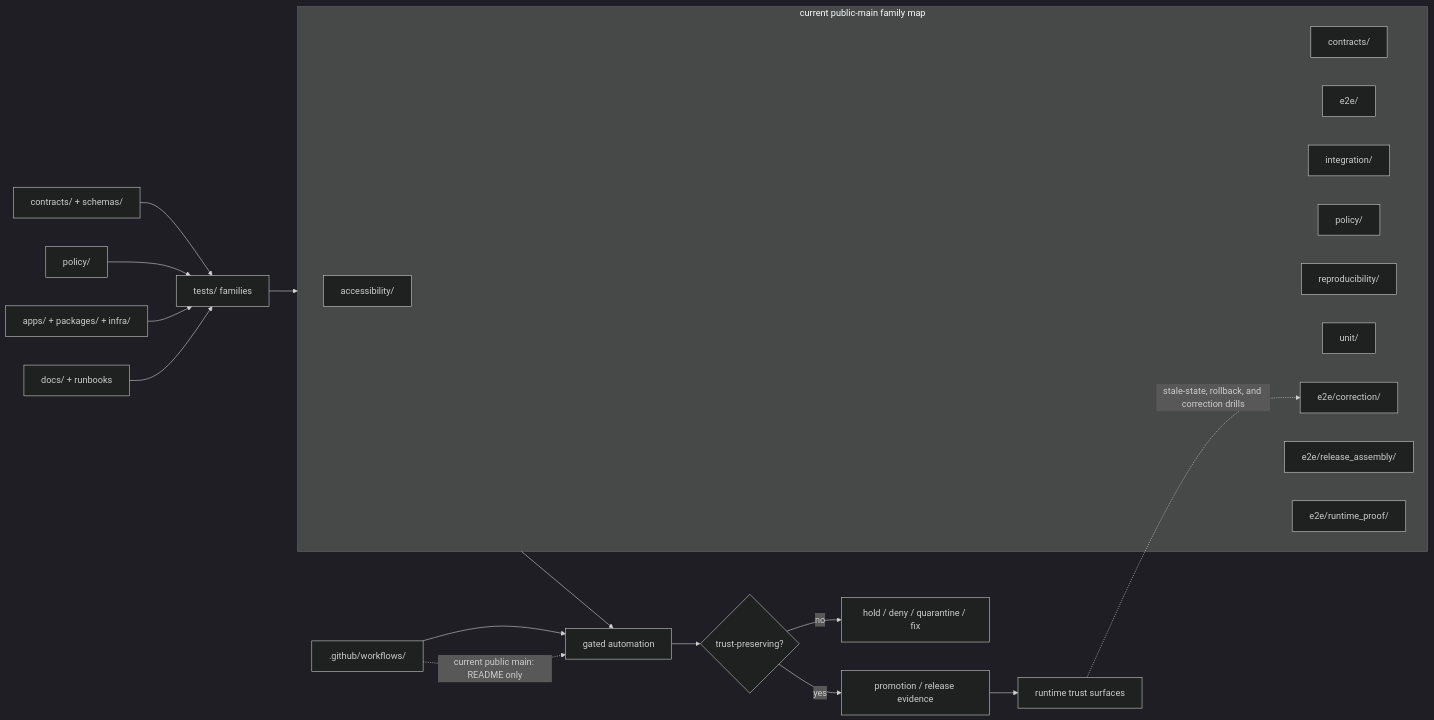
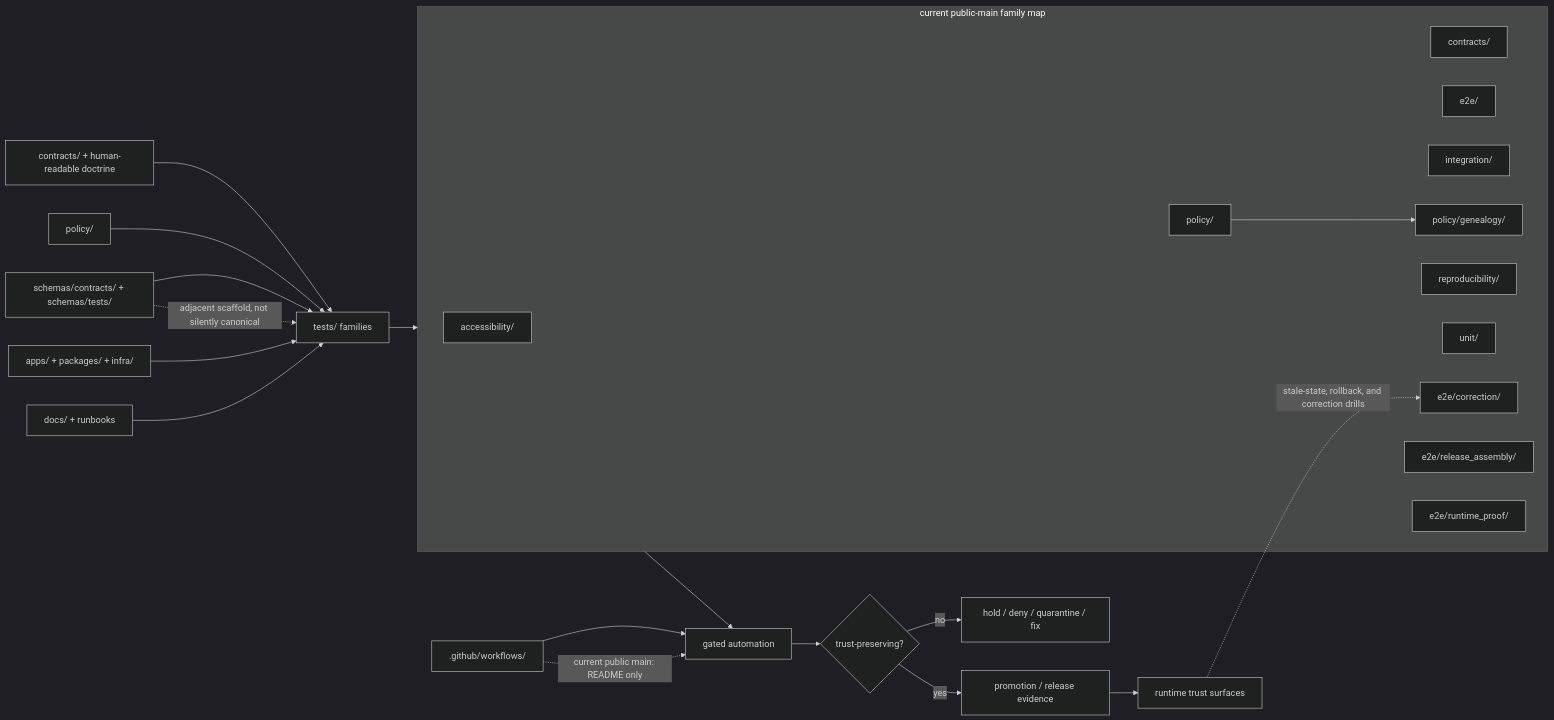
One commit to bartytime4life/Kansas-Frontier-Matrix changed the diagram in tests/README.md. Above: the diagram before and after it, drawn with Mermaid (dark theme). The commit also changed other lines of this file, not shown here.

````diff
--- a/tests/README.md
+++ b/tests/README.md
@@ -323,32 +401,36 @@
 ```mermaid
 flowchart LR
-    C["contracts/ + schemas/"] --> T["tests/ families"]
+    C["contracts/ + human-readable doctrine"] --> T["tests/ families"]
+    SC["schemas/contracts/ + schemas/tests/"] --> T
     P["policy/"] --> T
     A["apps/ + packages/ + infra/"] --> T
     D["docs/ + runbooks"] --> T
     W[".github/workflows/"] --> G["gated automation"]
 
     subgraph F["current public-main family map"]
       AX["accessibility/"]
       K["contracts/"]
       E["e2e/"]
       I["integration/"]
       PO["policy/"]
+      PG["policy/genealogy/"]
       R["reproducibility/"]
       U["unit/"]
       EC["e2e/correction/"]
       ER["e2e/release_assembly/"]
       EP["e2e/runtime_proof/"]
     end
 
     T --> F
+    PO --> PG
     F --> G
     G --> Q{"trust-preserving?"}
 
     Q -->|no| H["hold / deny / quarantine / fix"]
     Q -->|yes| PR["promotion / release evidence"]
     PR --> RT["runtime trust surfaces"]
 
     RT -. stale-state, rollback, and correction drills .-> EC
     W -. current public main: README only .-> G
+    SC -. adjacent scaffold, not silently canonical .-> T
 ```
````
